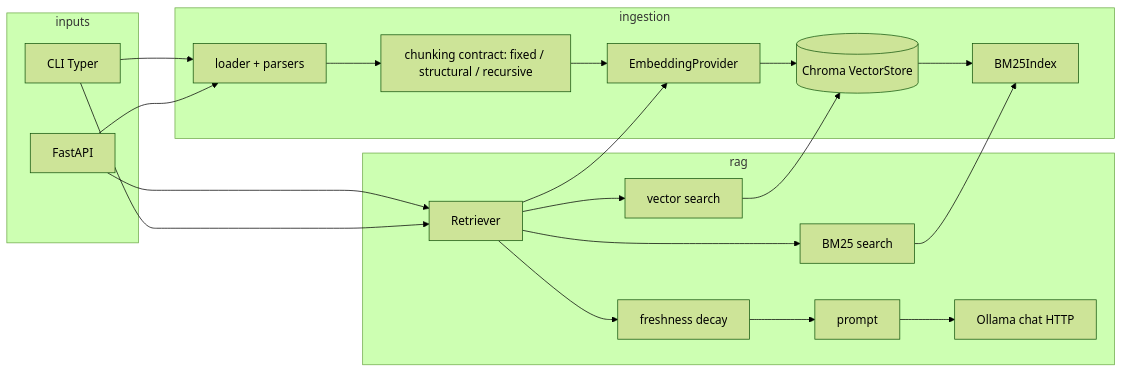
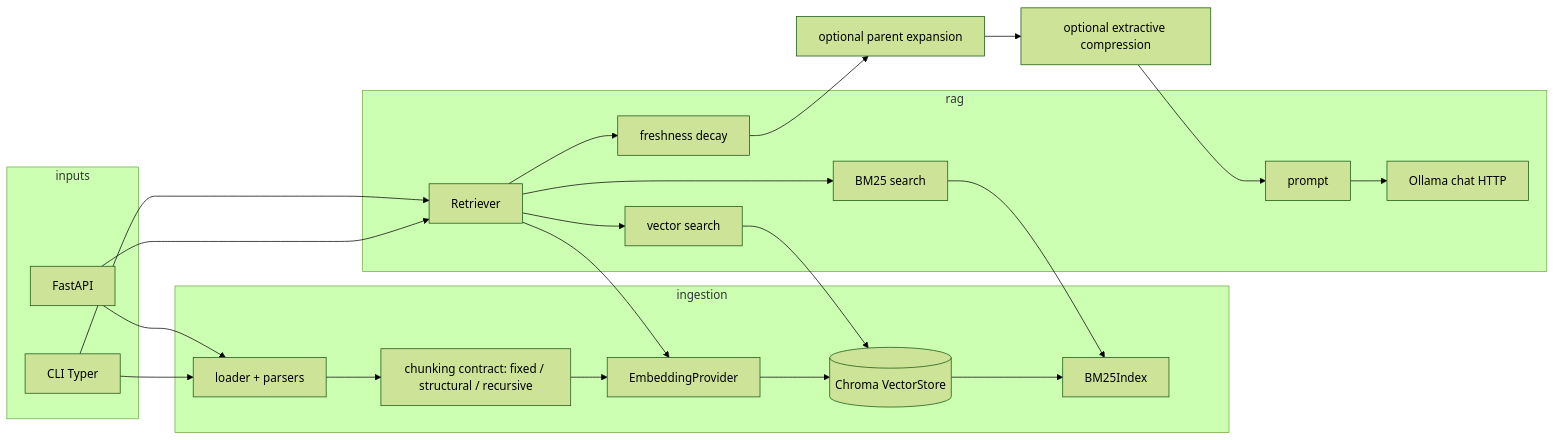
Before and after one commit to n0nuser/LocalRAG: the diagram in docs/architecture.md, drawn with Mermaid (forest theme). The commit also changed other lines of this file and 9 other files, not shown here.

````diff
--- a/docs/architecture.md
+++ b/docs/architecture.md
@@ -11,35 +11,37 @@
 ```mermaid
 flowchart LR
   subgraph inputs
     CLI[CLI Typer]
     API[FastAPI]
   end
   subgraph ingestion
     L[loader + parsers]
     C[chunking contract: fixed / structural / recursive]
     E[EmbeddingProvider]
     VS[(Chroma VectorStore)]
     B[BM25Index]
   end
   subgraph rag
     R[Retriever]
     V[vector search]
     X[BM25 search]
     F[freshness decay]
     P[prompt]
     LLM[Ollama chat HTTP]
   end
   CLI --> L
   API --> L
   L --> C --> E --> VS
   VS --> B
   API --> R
   CLI --> R
   R --> V
   R --> X
   V --> VS
   X --> B
   R --> F
   R --> E
-  F --> P --> LLM
+  F --> PARENT[optional parent expansion]
+  PARENT --> COMP[optional extractive compression]
+  COMP --> P --> LLM
 ```
````
